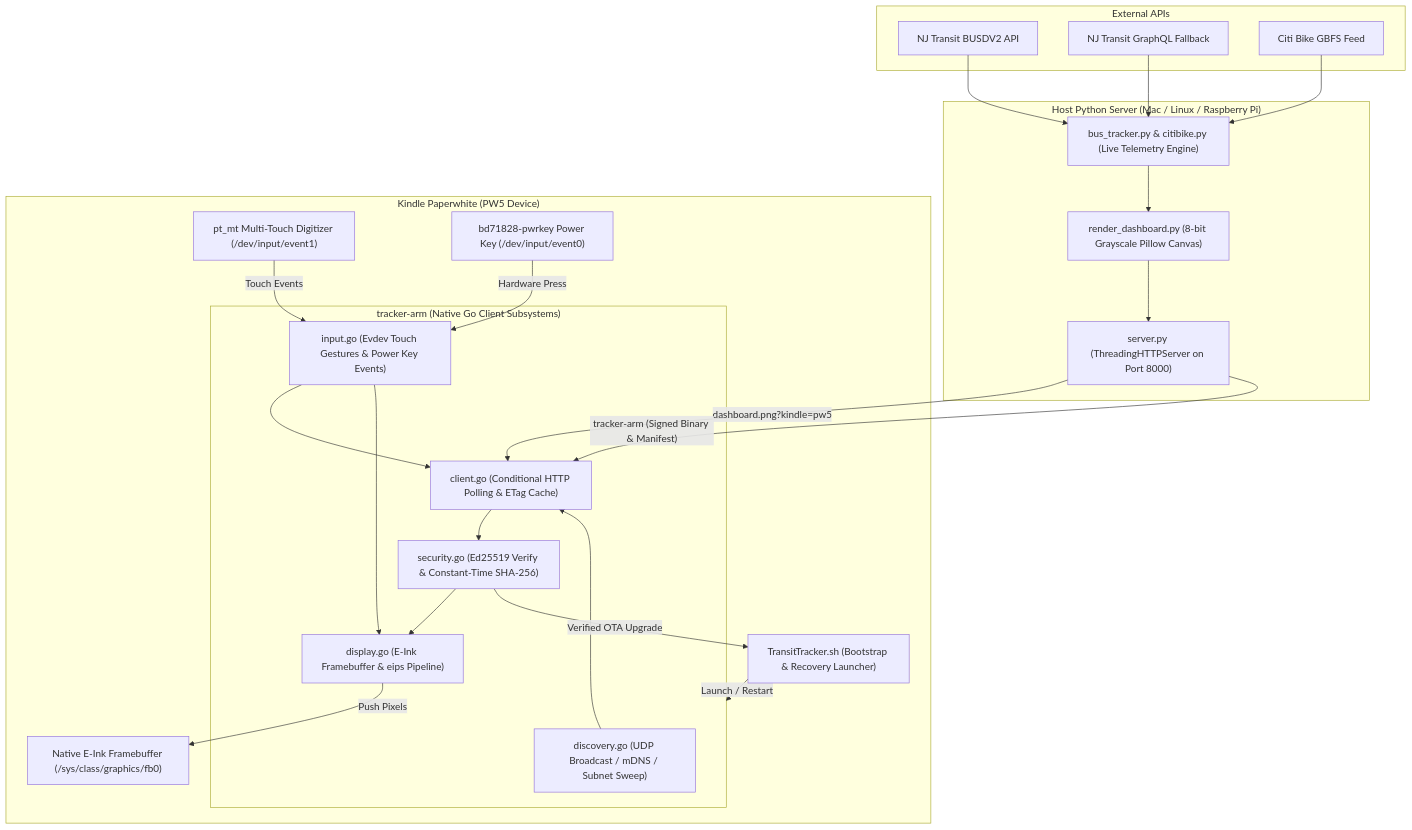
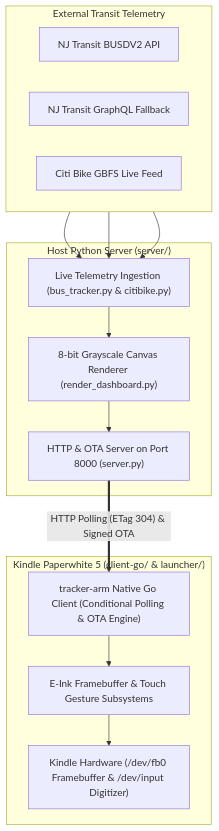
The diagram in README.md (mike10010100/foliocast), drawn with Mermaid before and after one commit. The commit also changed 2 other files, not shown here.

Commit message:
docs: streamline README architecture overview diagram layout (#15)

````diff
--- a/README.md
+++ b/README.md
@@ -13,49 +13,28 @@
 ```mermaid
 flowchart TD
-    subgraph Cloud["External APIs"]
+    subgraph Cloud["External Transit Telemetry"]
+        direction LR
         NJT["NJ Transit BUSDV2 API"]
         GQL["NJ Transit GraphQL Fallback"]
-        GBFS["Citi Bike GBFS Feed"]
+        GBFS["Citi Bike GBFS Live Feed"]
     end
 
-    subgraph Host["Host Python Server (Mac / Linux / Raspberry Pi)"]
-        Tracker["bus_tracker.py & citibike.py (Live Telemetry Engine)"]
-        Renderer["render_dashboard.py (8-bit Grayscale Pillow Canvas)"]
-        Server["server.py (ThreadingHTTPServer on Port 8000)"]
-        Tracker --> Renderer --> Server
+    subgraph Host["Host Python Server (server/)"]
+        Ingest["Live Telemetry Ingestion (bus_tracker.py & citibike.py)"]
+        Canvas["8-bit Grayscale Canvas Renderer (render_dashboard.py)"]
+        HttpServer["HTTP & OTA Server on Port 8000 (server.py)"]
+        Ingest --> Canvas --> HttpServer
     end
 
-    subgraph Kindle["Kindle Paperwhite (PW5 Device)"]
-        Launcher["TransitTracker.sh (Bootstrap & Recovery Launcher)"]
-        
-        subgraph GoClient["tracker-arm (Native Go Client Subsystems)"]
-            Discovery["discovery.go (UDP Broadcast / mDNS / Subnet Sweep)"]
-            HttpEngine["client.go (Conditional HTTP Polling & ETag Cache)"]
-            Security["security.go (Ed25519 Verify & Constant-Time SHA-256)"]
-            Input["input.go (Evdev Touch Gestures & Power Key Events)"]
-            Display["display.go (E-Ink Framebuffer & eips Pipeline)"]
-            
-            Discovery --> HttpEngine
-            HttpEngine --> Security
-            Security --> Display
-            Input --> HttpEngine
-            Input --> Display
-        end
-
-        EIPS["Native E-Ink Framebuffer (/sys/class/graphics/fb0)"]
-        Touch["pt_mt Multi-Touch Digitizer (/dev/input/event1)"]
-        Power["bd71828-pwrkey Power Key (/dev/input/event0)"]
-
-        Launcher -->|Launch / Restart| GoClient
-        Display -->|Push Pixels| EIPS
-        Touch -->|Touch Events| Input
-        Power -->|Hardware Press| Input
-        Security -->|Verified OTA Upgrade| Launcher
+    subgraph Kindle["Kindle Paperwhite 5 (client-go/ & launcher/)"]
+        Client["tracker-arm Native Go Client (Conditional Polling & OTA Engine)"]
+        Pipeline["E-Ink Framebuffer & Touch Gesture Subsystems"]
+        Hardware["Kindle Hardware (/dev/fb0 Framebuffer & /dev/input Digitizer)"]
+        Client --> Pipeline --> Hardware
     end
 
-    NJT --> Tracker
-    GQL --> Tracker
-    GBFS --> Tracker
-    Server -->|"dashboard.png?kindle=pw5"| HttpEngine
-    Server -->|"tracker-arm (Signed Binary & Manifest)"| HttpEngine
+    NJT --> Ingest
+    GQL --> Ingest
+    GBFS --> Ingest
+    HttpServer ==>|"HTTP Polling (ETag 304) & Signed OTA"| Client
 ```
````
